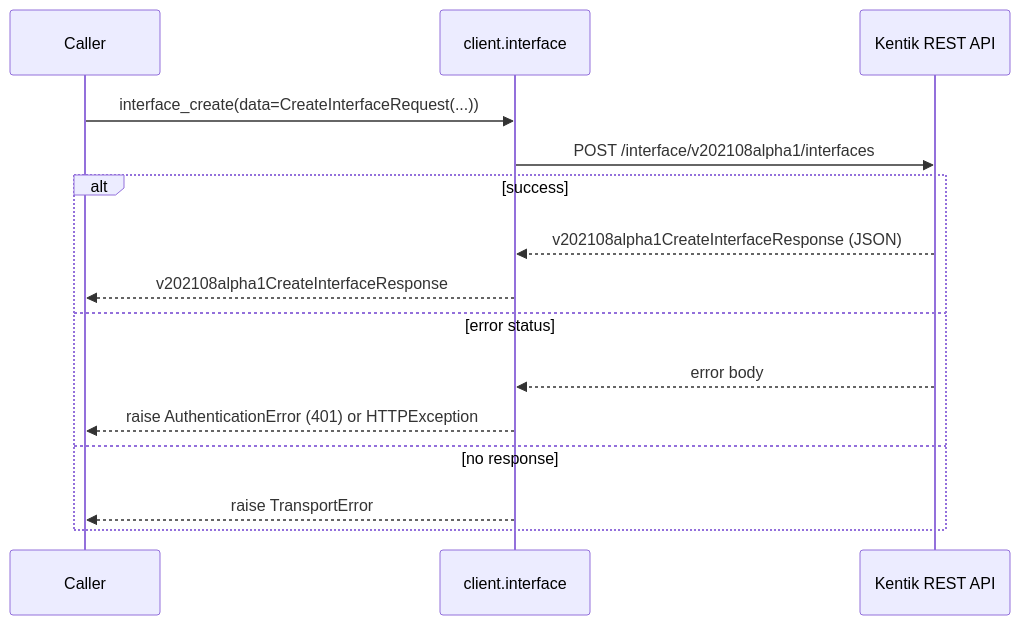
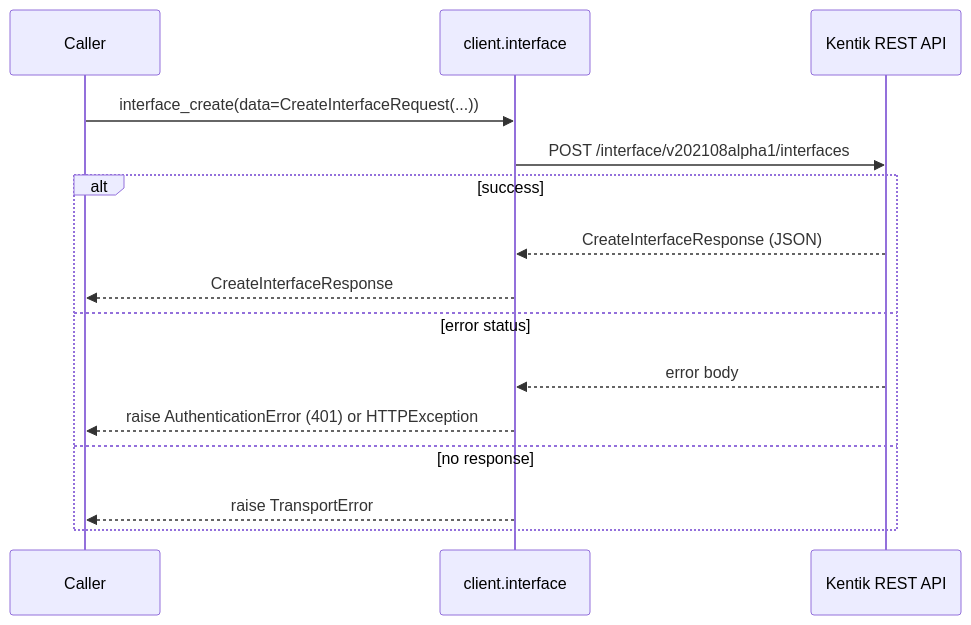
The fourth of 14 diagrams in docs/sphinx/services/interface.md (alexdearaujo/community_sdk_python), drawn with Mermaid before and after one commit. The commit also changed other lines of this file and 38 other files, not shown here.

````diff
--- a/docs/sphinx/services/interface.md
+++ b/docs/sphinx/services/interface.md
@@ -118,18 +118,18 @@
 ```mermaid
 sequenceDiagram
     participant C as Caller
     participant W as client.interface
     participant API as Kentik REST API
 
     C->>W: interface_create(data=CreateInterfaceRequest(...))
     W->>API: POST /interface/v202108alpha1/interfaces
     alt success
-        API-->>W: v202108alpha1CreateInterfaceResponse (JSON)
-        W-->>C: v202108alpha1CreateInterfaceResponse
+        API-->>W: CreateInterfaceResponse (JSON)
+        W-->>C: CreateInterfaceResponse
     else error status
         API-->>W: error body
         W-->>C: raise AuthenticationError (401) or HTTPException
     else no response
         W-->>C: raise TransportError
     end
 ```
````
